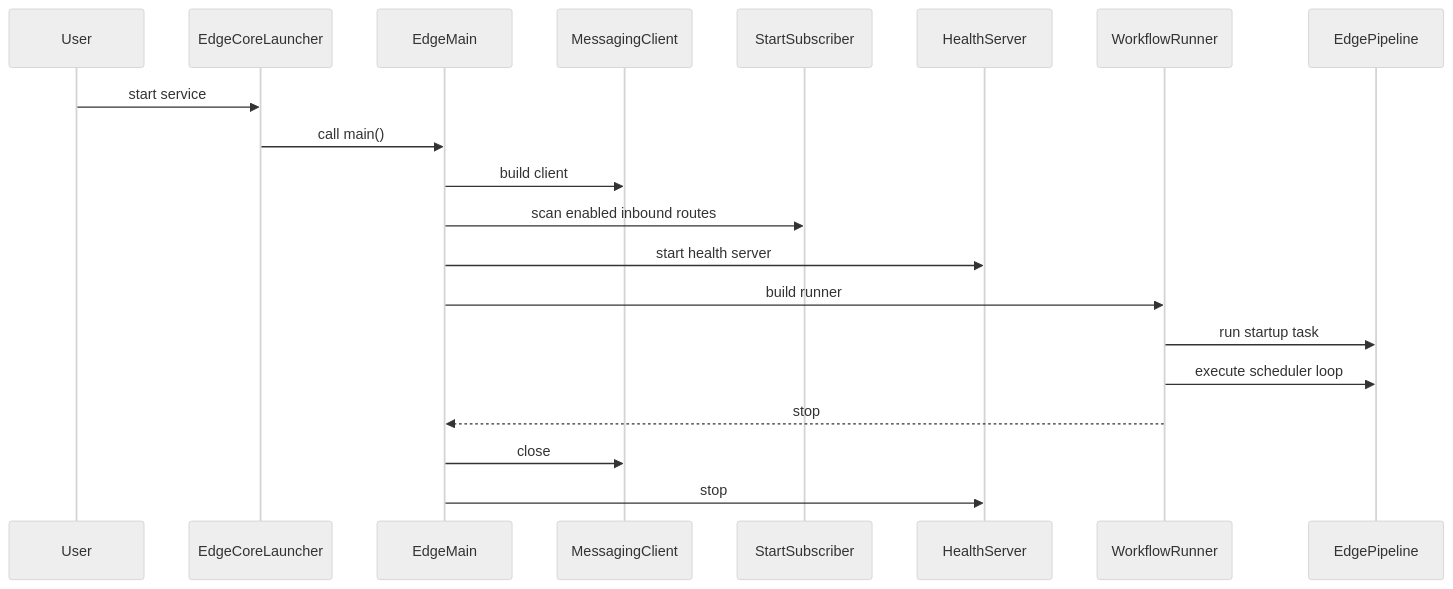
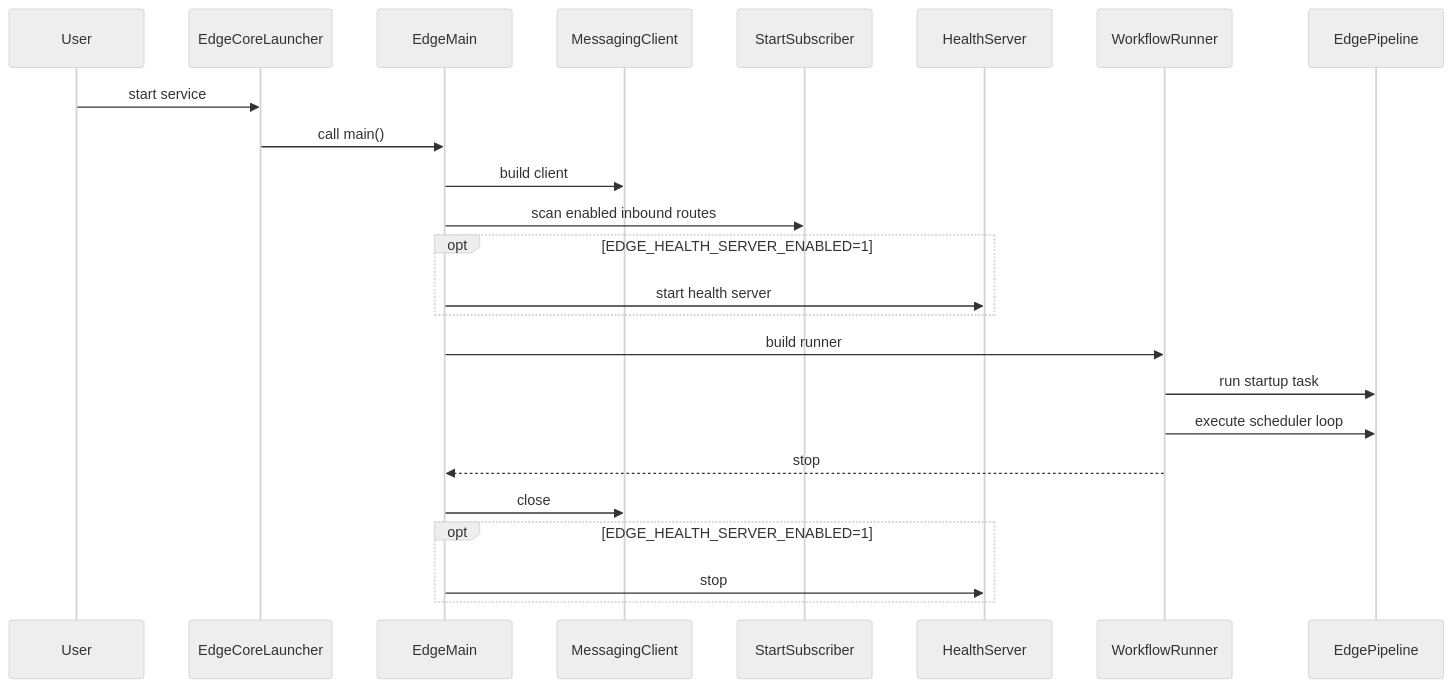
Before and after one commit to allenshie/edge_core: the diagram in docs/diagrams/runtime-bootstrap.mmd, drawn with Mermaid (neutral theme). The commit also changed 7 other files, not shown here.

Commit message:
Refine diagram docs with HTML views

```diff
--- a/docs/diagrams/runtime-bootstrap.mmd
+++ b/docs/diagrams/runtime-bootstrap.mmd
@@ -1,21 +1,25 @@
 sequenceDiagram
     participant User
     participant EdgeCoreLauncher
     participant EdgeMain
     participant MessagingClient
     participant StartSubscriber
     participant HealthServer
     participant WorkflowRunner
     participant EdgePipeline
 
     User->>EdgeCoreLauncher: start service
     EdgeCoreLauncher->>EdgeMain: call main()
     EdgeMain->>MessagingClient: build client
     EdgeMain->>StartSubscriber: scan enabled inbound routes
-    EdgeMain->>HealthServer: start health server
+    opt EDGE_HEALTH_SERVER_ENABLED=1
+        EdgeMain->>HealthServer: start health server
+    end
     EdgeMain->>WorkflowRunner: build runner
     WorkflowRunner->>EdgePipeline: run startup task
     WorkflowRunner->>EdgePipeline: execute scheduler loop
     WorkflowRunner-->>EdgeMain: stop
     EdgeMain->>MessagingClient: close
-    EdgeMain->>HealthServer: stop
+    opt EDGE_HEALTH_SERVER_ENABLED=1
+        EdgeMain->>HealthServer: stop
+    end
```
